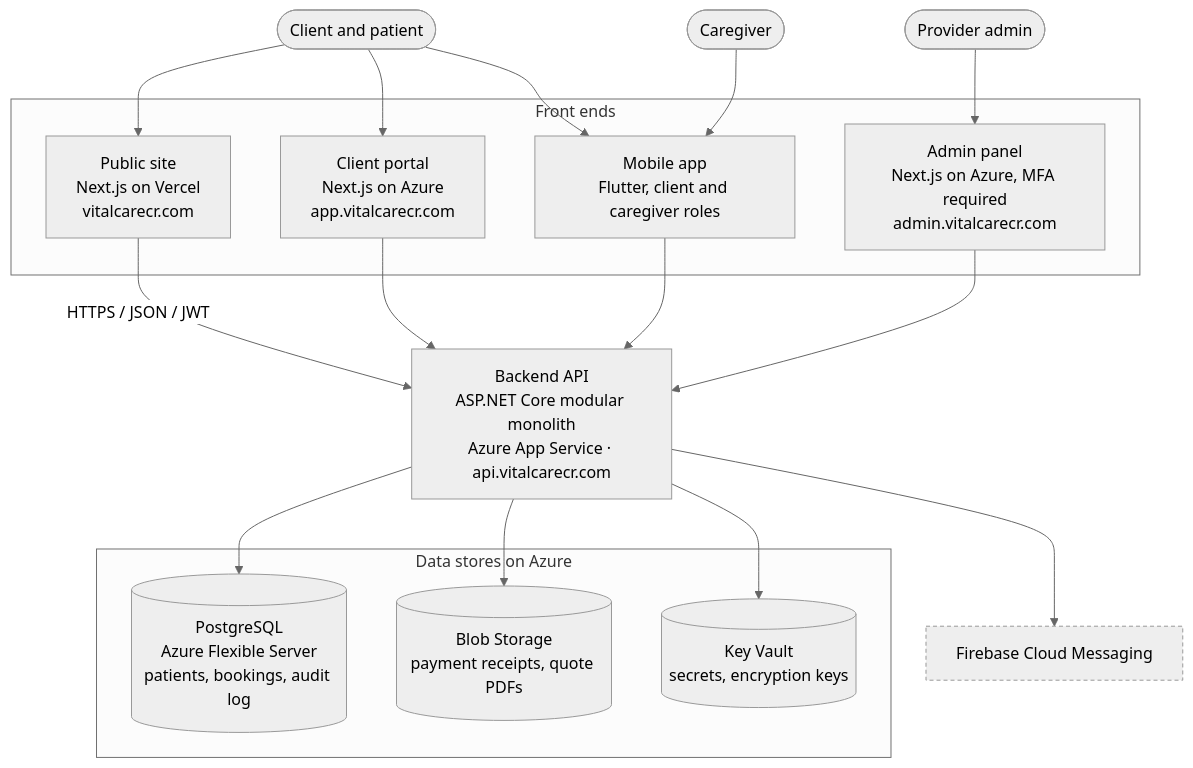
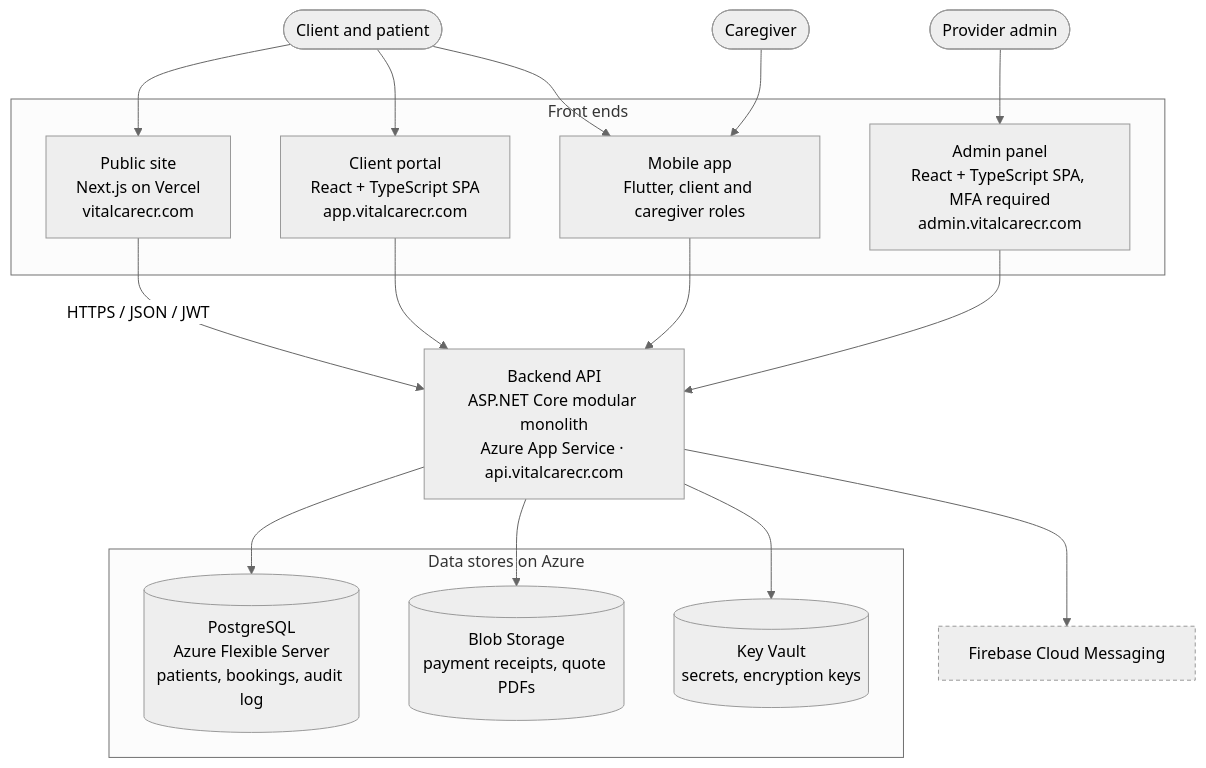
Before and after one commit to jeinando/VitalCare-Platform: the diagram in docs/architecture/c4-containers.md, drawn with Mermaid (neutral theme). The commit also changed other lines of this file and 6 other files, not shown here.

First line of the commit message:
docs: ADR-008 uses React + TypeScript SPAs built with Vite

````diff
--- a/docs/architecture/c4-containers.md
+++ b/docs/architecture/c4-containers.md
@@ -5,41 +5,41 @@
 ```mermaid
 flowchart TB
     client([Client and patient])
     caregiver([Caregiver])
     admin([Provider admin])
 
     subgraph frontends[Front ends]
         public["Public site<br/>Next.js on Vercel<br/>vitalcarecr.com"]
-        portal["Client portal<br/>Next.js on Azure<br/>app.vitalcarecr.com"]
+        portal["Client portal<br/>React + TypeScript SPA<br/>app.vitalcarecr.com"]
         mobile["Mobile app<br/>Flutter, client and caregiver roles"]
-        adminpanel["Admin panel<br/>Next.js on Azure, MFA required<br/>admin.vitalcarecr.com"]
+        adminpanel["Admin panel<br/>React + TypeScript SPA, MFA required<br/>admin.vitalcarecr.com"]
     end
 
     api["Backend API<br/>ASP.NET Core modular monolith<br/>Azure App Service · api.vitalcarecr.com"]
 
     subgraph data[Data stores on Azure]
         db[("PostgreSQL<br/>Azure Flexible Server<br/>patients, bookings, audit log")]
         blob[("Blob Storage<br/>payment receipts, quote PDFs")]
         kv[("Key Vault<br/>secrets, encryption keys")]
     end
 
     fcm["Firebase Cloud Messaging"]:::external
 
     client --> public
     client --> portal
     client --> mobile
     caregiver --> mobile
     admin --> adminpanel
 
     public -- "HTTPS / JSON / JWT" --> api
     portal --> api
     mobile --> api
     adminpanel --> api
 
     api --> db
     api --> blob
     api --> kv
     api --> fcm
 
     classDef external stroke-dasharray: 4 3
 ```
````
